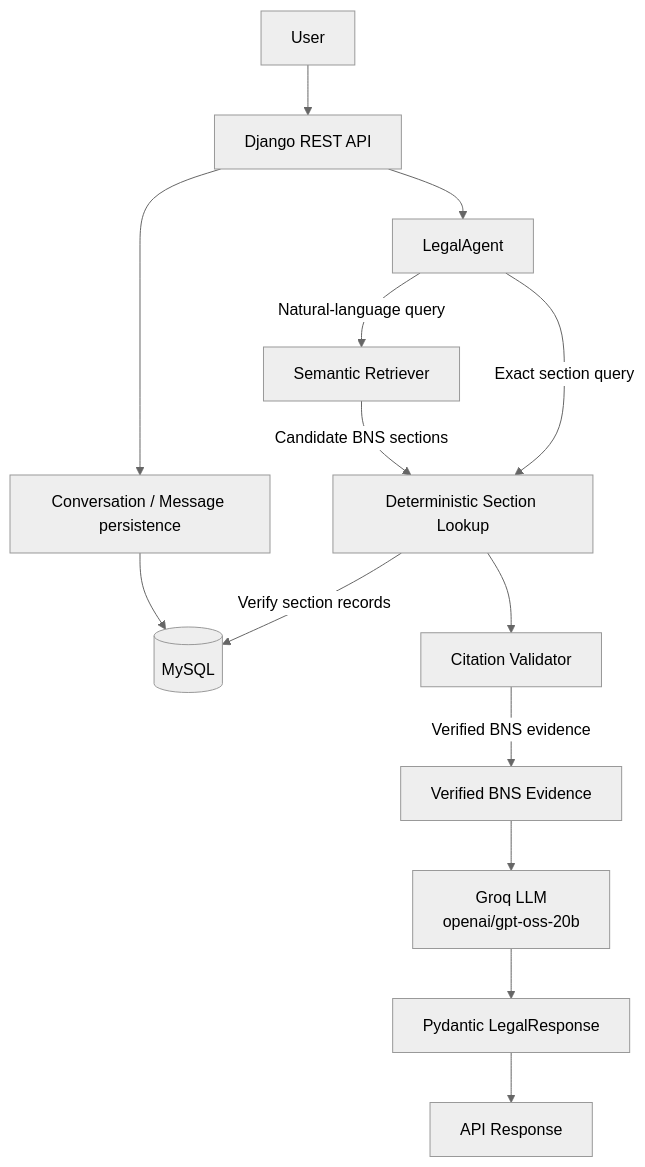
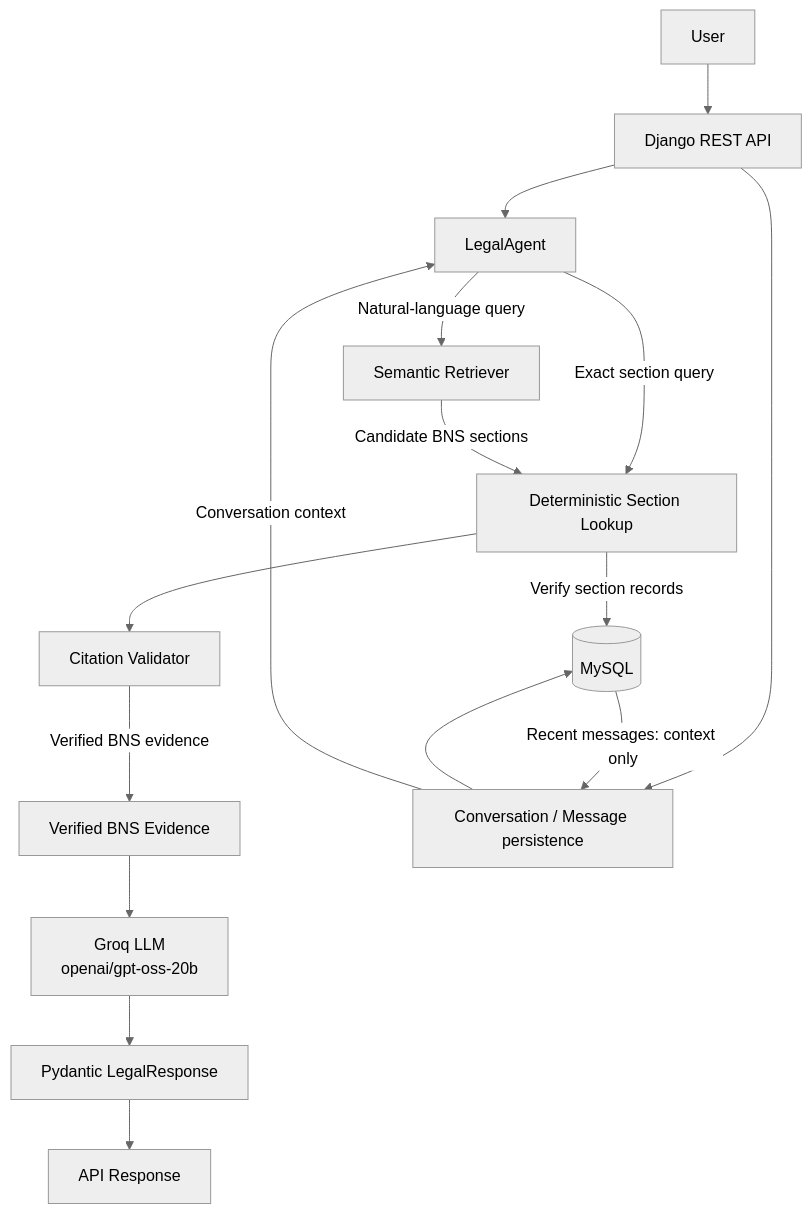
Before and after one commit to nandhanamj/LawLense: the diagram in README.md, drawn with Mermaid (neutral theme). The commit also changed other lines of this file, not shown here.

````diff
--- a/README.md
+++ b/README.md
@@ -7,16 +7,18 @@
 ```mermaid
 flowchart TD
   User[User] --> API[Django REST API]
   API --> Agent[LegalAgent]
   Agent -->|Exact section query| Lookup[Deterministic Section Lookup]
   Agent -->|Natural-language query| Retriever[Semantic Retriever]
   Retriever -->|Candidate BNS sections| Lookup
   Lookup -->|Verify section records| DB[(MySQL)]
   Lookup --> Validator[Citation Validator]
   Validator -->|Verified BNS evidence| Evidence[Verified BNS Evidence]
   Evidence --> Groq[Groq LLM<br/>openai/gpt-oss-20b]
   Groq --> Response[Pydantic LegalResponse]
   Response --> APIResponse[API Response]
   API --> Persistence[Conversation / Message persistence]
   Persistence --> DB
+  DB -->|Recent messages: context only| Persistence
+  Persistence -->|Conversation context| Agent
 ```
````
